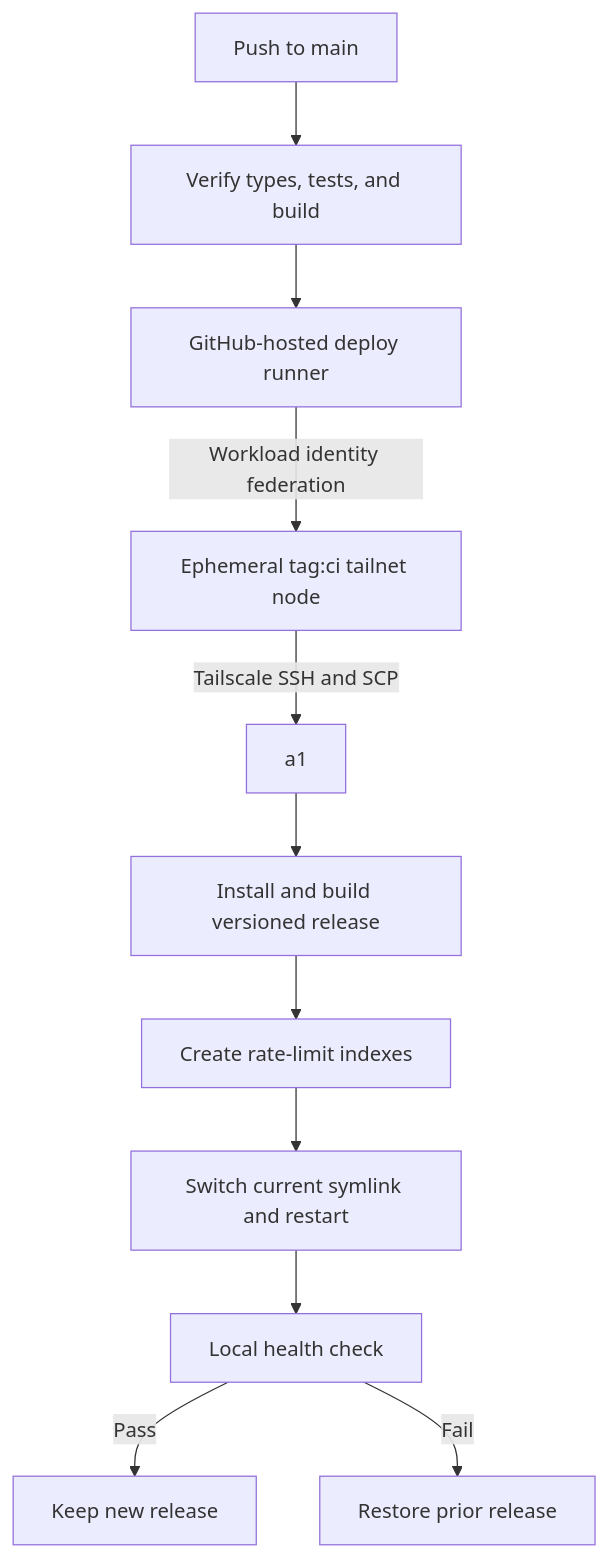
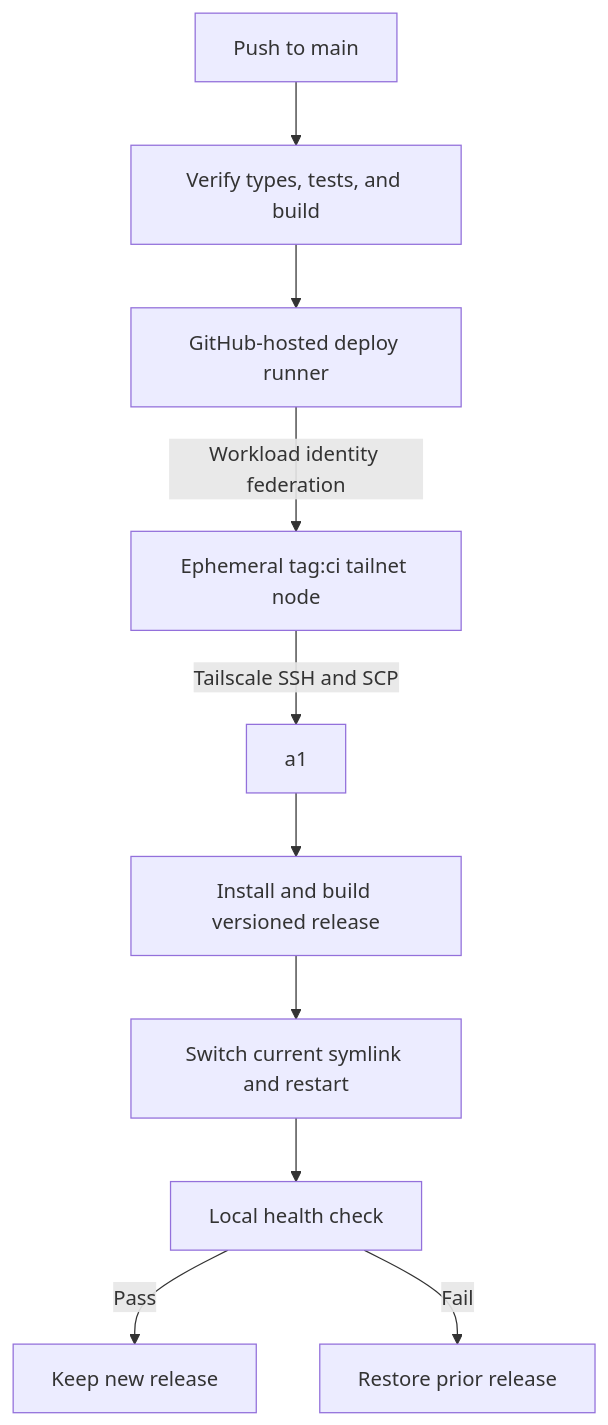
Before and after one commit to RutamBhagat/crossval: the second of 2 diagrams in README.md, drawn with Mermaid. The commit also changed other lines of this file and 15 other files, not shown here.

````diff
--- a/README.md
+++ b/README.md
@@ -87,13 +95,12 @@
 ```mermaid
 flowchart TD
     P[Push to main] --> Q[Verify types, tests, and build]
     Q --> G[GitHub-hosted deploy runner]
     G -->|Workload identity federation| T[Ephemeral tag:ci tailnet node]
     T -->|Tailscale SSH and SCP| A[a1]
     A --> R[Install and build versioned release]
-    R --> I[Create rate-limit indexes]
-    I --> S[Switch current symlink and restart]
+    R --> S[Switch current symlink and restart]
     S --> H[Local health check]
     H -->|Pass| K[Keep new release]
     H -->|Fail| B[Restore prior release]
 ```
````
